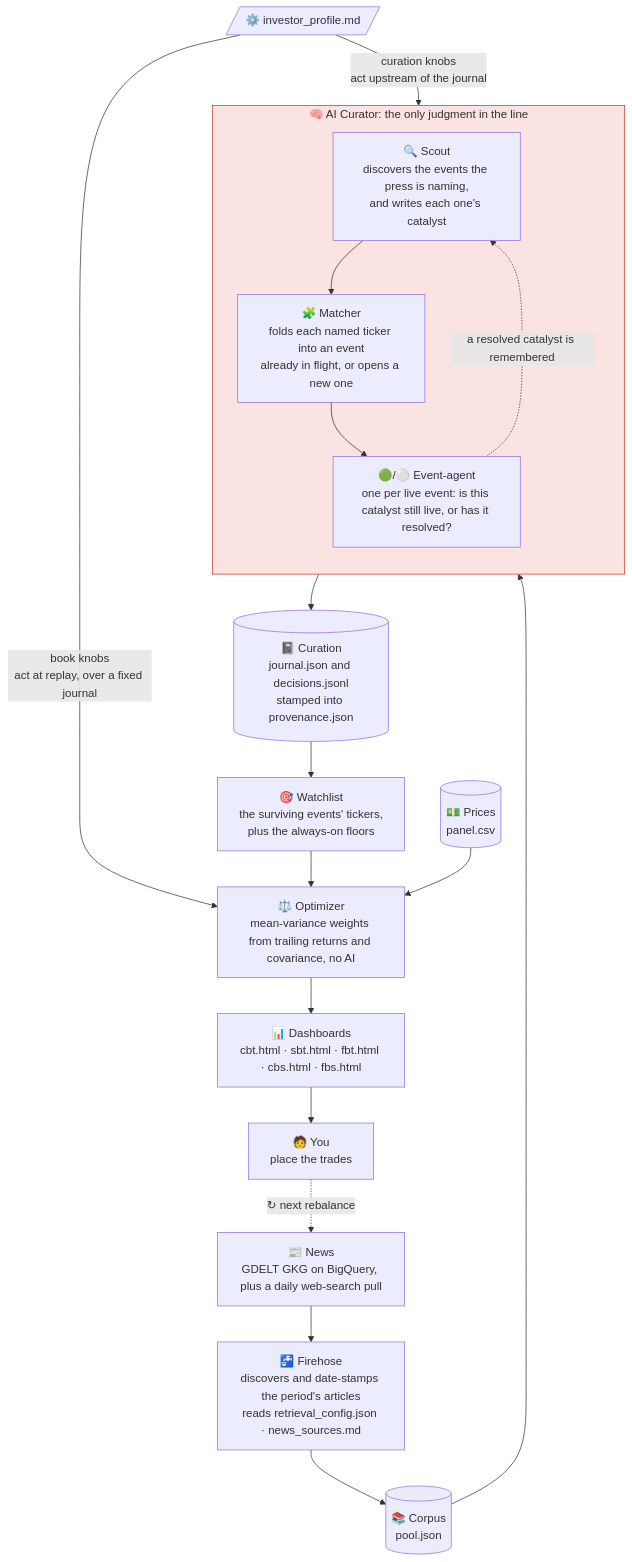
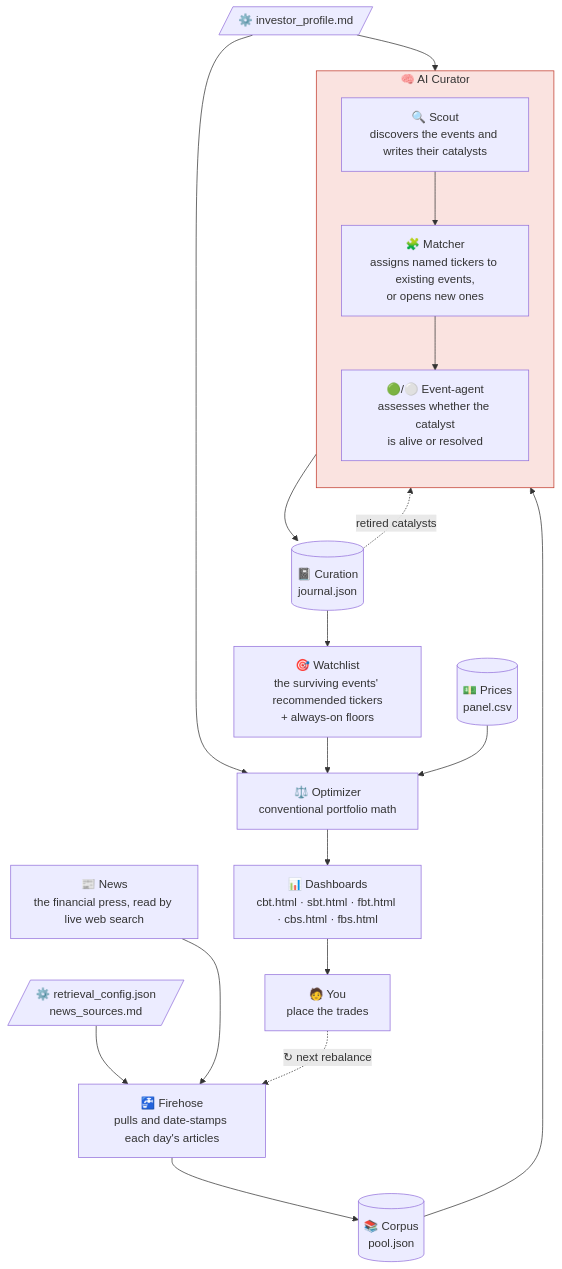
The diagram in README.md (joehahn/geo-herd-rider), drawn with Mermaid before and after one commit. The commit also changed other lines of this file and 7 other files, not shown here.

````diff
--- a/README.md
+++ b/README.md
@@ -31,33 +31,36 @@
 ```mermaid
 flowchart TD
-    N["📰 News<br/>GDELT GKG on BigQuery, plus a daily web-search pull"]
+    N["📰 News<br/>the financial press, read by live web search"]
+    CFG[/"⚙️ retrieval_config.json<br/>news_sources.md"/]
+    N ~~~ CFG
+    CFG --> FH
     N --> FH
-    FH["🚰 Firehose<br/>discovers and date-stamps the period's articles<br/>reads retrieval_config.json · news_sources.md"]
+    FH["🚰 Firehose<br/>pulls and date-stamps each day's articles"]
     FH --> POOL[("📚 Corpus<br/>pool.json")]
     POOL --> SC
 
-    subgraph CUR["🧠 AI Curator: the only judgment in the line"]
+    subgraph CUR["🧠 AI Curator"]
       direction TB
-      SC["🔍 Scout<br/>discovers the events the press is naming,<br/>and writes each one's catalyst"]
-      MA["🧩 Matcher<br/>folds each named ticker into an event<br/>already in flight, or opens a new one"]
-      AG["🟢/⚪ Event-agent<br/>one per live event: is this catalyst still live, or has it resolved?"]
+      SC["🔍 Scout<br/>discovers the events and writes their catalysts"]
+      MA["🧩 Matcher<br/>assigns named tickers to existing events,<br/>or opens new ones"]
+      AG["🟢/⚪ Event-agent<br/>assesses whether the catalyst<br/>is alive or resolved"]
       SC --> MA --> AG
     end
 
     PROF[/"⚙️ investor_profile.md"/]
-    PROF -->|"curation knobs<br/>act upstream of the journal"| SC
-    PROF -->|"book knobs<br/>act at replay, over a fixed journal"| OPT
+    PROF --> SC
+    PROF --> OPT
 
-    AG --> J[("📓 Curation<br/>journal.json and decisions.jsonl<br/>stamped into provenance.json")]
-    AG -. "a resolved catalyst is remembered" .-> SC
+    AG --> J[("📓 Curation<br/>journal.json")]
+    J -. "retired catalysts" .-> SC
     J --> WL
-    WL["🎯 Watchlist<br/>the surviving events' tickers,<br/>plus the always-on floors"]
+    WL["🎯 Watchlist<br/>the surviving events' recommended tickers<br/>+ always-on floors"]
     WL --> OPT
     PX[("💵 Prices<br/>panel.csv")] --> OPT
-    OPT["⚖️ Optimizer<br/>mean-variance weights from trailing returns and covariance, no AI"]
+    OPT["⚖️ Optimizer<br/>conventional portfolio math"]
     OPT --> D["📊 Dashboards<br/>cbt.html · sbt.html · fbt.html · cbs.html · fbs.html"]
     D --> U["🧑 You<br/>place the trades"]
-    U -. "↻ next rebalance" .-> N
+    U -. "↻ next rebalance" .-> FH
 
     style CUR fill:#fae3e0,stroke:#c0392b
 ```
````
